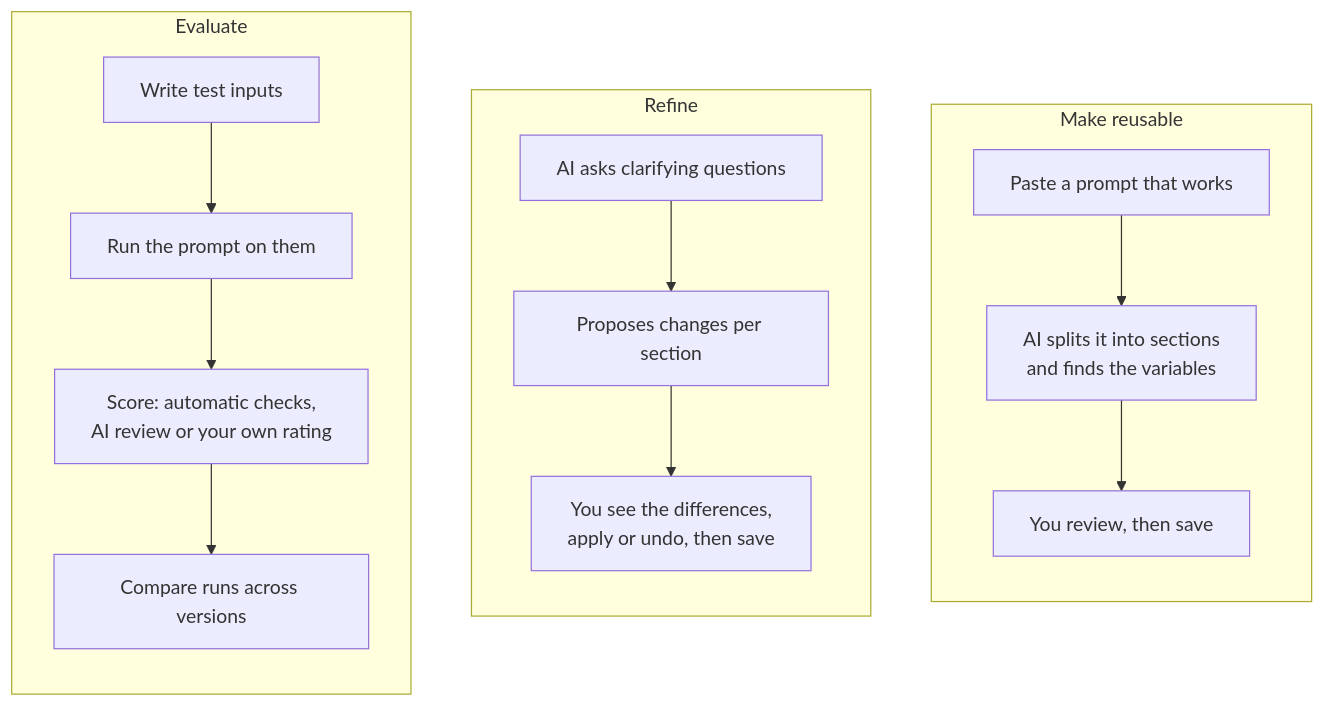
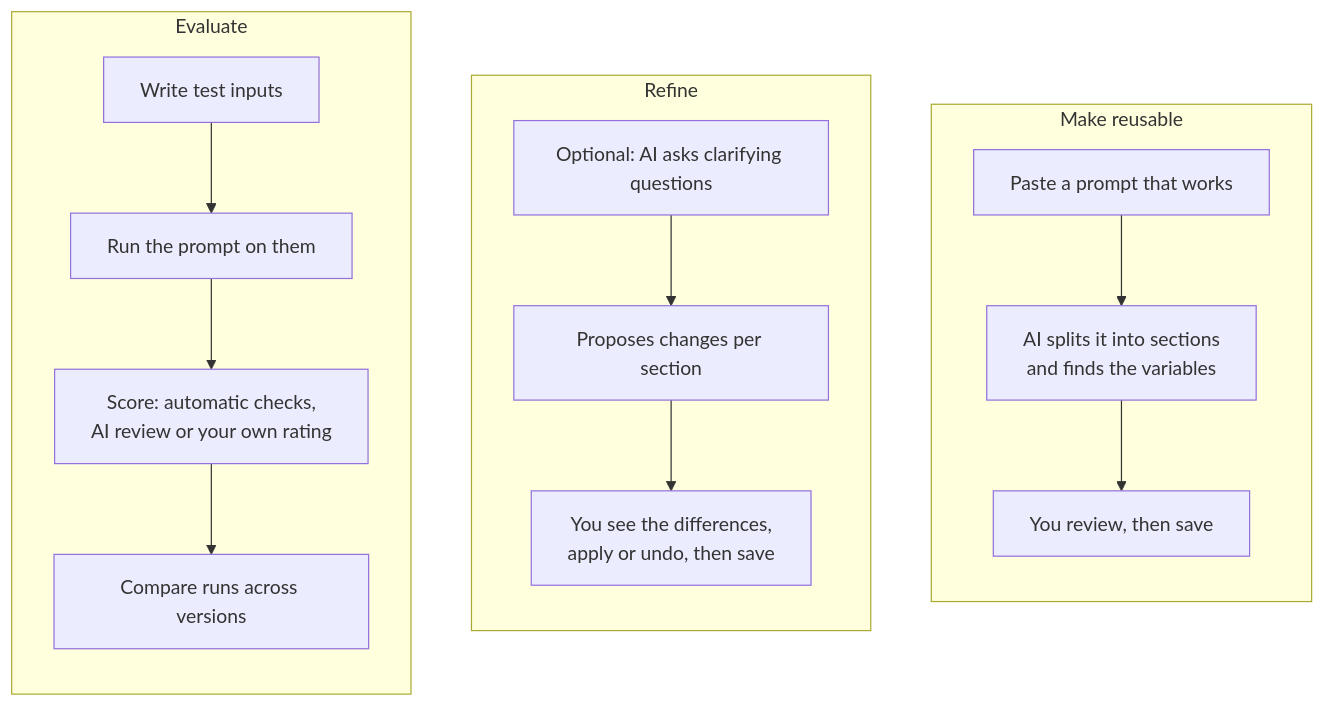
Before and after one commit to chrysogonus/prompt-maker-studio: the fourth of 10 diagrams in docs/how-it-works.md, drawn with Mermaid. The commit also changed other lines of this file and 18 other files, not shown here.

````diff
--- a/docs/how-it-works.md
+++ b/docs/how-it-works.md
@@ -131,19 +131,19 @@
 ```mermaid
 flowchart TB
     subgraph Convert["Make reusable"]
         direction TB
         C1["Paste a prompt that works"] --> C2["AI splits it into sections<br/>and finds the variables"]
         C2 --> C3["You review, then save"]
     end
     subgraph Refine["Refine"]
         direction TB
-        R1["AI asks clarifying questions"] --> R2["Proposes changes per section"]
+        R1["Optional: AI asks clarifying questions"] --> R2["Proposes changes per section"]
         R2 --> R3["You see the differences,<br/>apply or undo, then save"]
     end
     subgraph Test["Evaluate"]
         direction TB
         E1["Write test inputs"] --> E2["Run the prompt on them"]
         E2 --> E3["Score: automatic checks,<br/>AI review or your own rating"]
         E3 --> E4["Compare runs across versions"]
     end
 ```
````
